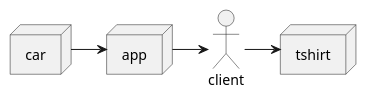
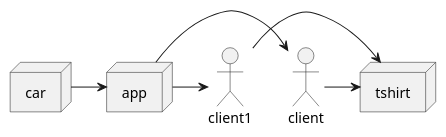
One commit to mykolenkomitya/uml changed the diagram in another_example.puml. Above: the diagram before and after it, drawn with PlantUML. The commit also changed 10 other files, not shown here.

```diff
--- a/another_example.puml
+++ b/another_example.puml
@@ -1,10 +1,13 @@
 @startuml
 actor client
+actor client1
 node app
 node car
 node tshirt
 
 car -> app
 app -> client
+app -> client1
 client -> tshirt
+client1 -> tshirt
 @enduml
```
